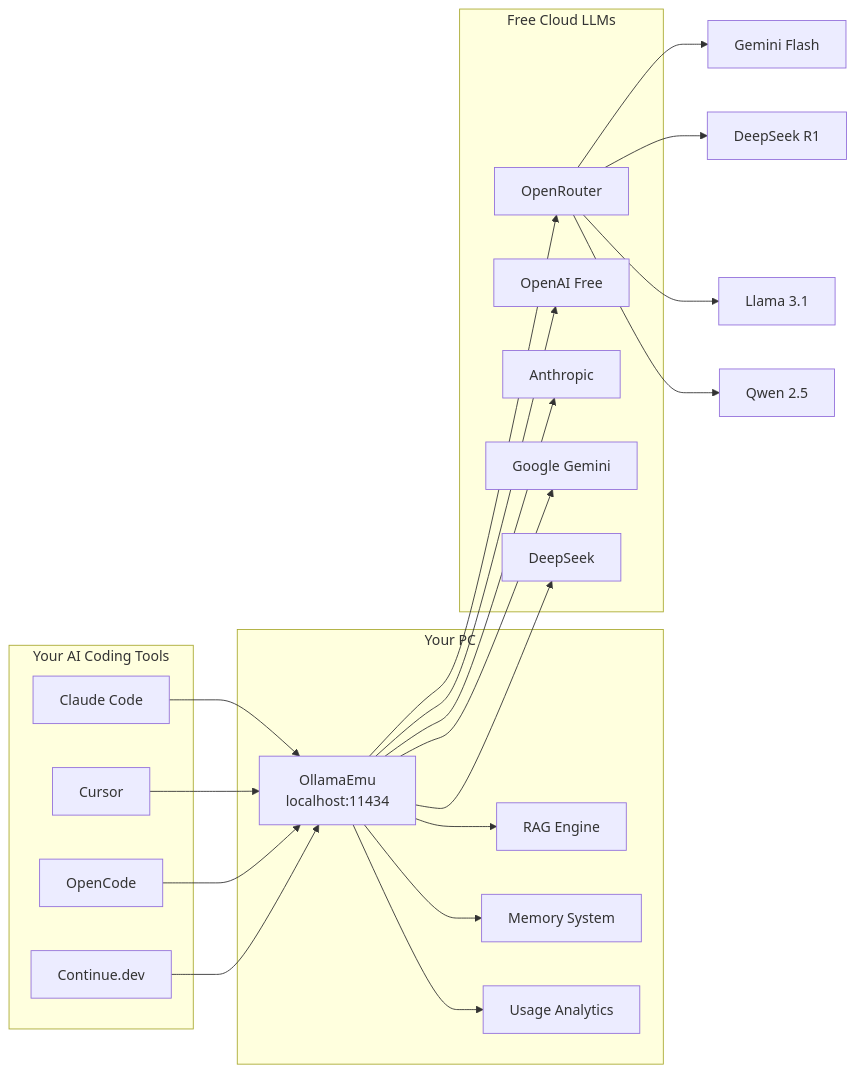
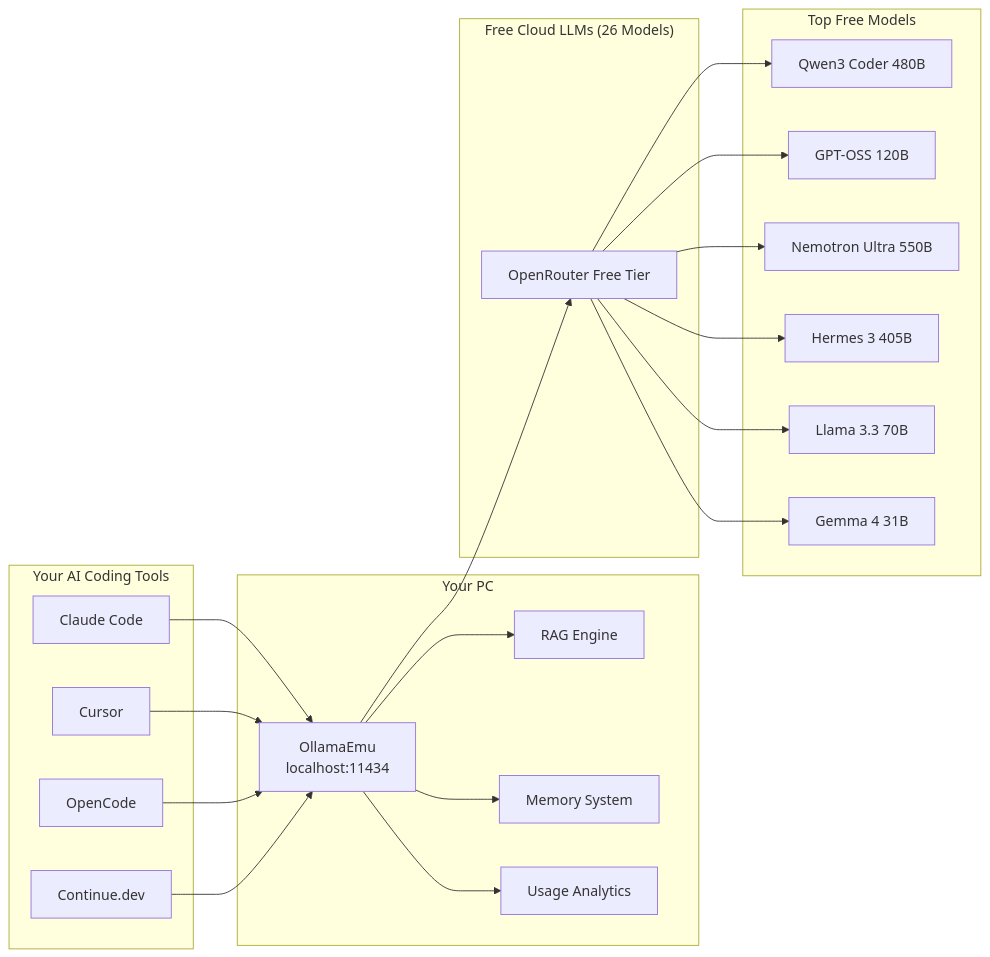
One commit to rbkhan007/ollamomui changed the second of 8 diagrams in README.md. Above: the diagram before and after it, drawn with Mermaid. The commit also changed other lines of this file, not shown here.

Commit message:
Update model list to actual OpenRouter free tier: 26 free models (Qwen3 Coder 480B, GPT-OSS 120B, Nemotron Ultra 550B, Llama 3.3 70B, Gemma 4 31B)

````diff
--- a/README.md
+++ b/README.md
@@ -68,41 +68,44 @@
 ```mermaid
 flowchart LR
     subgraph Tools["Your AI Coding Tools"]
         CC[Claude Code]
         CU[Cursor]
         OC[OpenCode]
         CD[Continue.dev]
     end
 
     subgraph YourPC["Your PC"]
         OE["OllamaEmu<br/>localhost:11434"]
         RAG["RAG Engine"]
         MEM["Memory System"]
         USAGE["Usage Analytics"]
     end
 
-    subgraph FreeCloud["Free Cloud LLMs"]
-        OR["OpenRouter"]
-        OAI["OpenAI Free"]
-        ANTH["Anthropic"]
-        GEM["Google Gemini"]
-        DS["DeepSeek"]
+    subgraph FreeCloud["Free Cloud LLMs (26 Models)"]
+        OR["OpenRouter Free Tier"]
+    end
+
+    subgraph TopModels["Top Free Models"]
+        QW["Qwen3 Coder 480B"]
+        OA["GPT-OSS 120B"]
+        NN["Nemotron Ultra 550B"]
+        NH["Hermes 3 405B"]
+        LL["Llama 3.3 70B"]
+        GM["Gemma 4 31B"]
     end
 
     CC --> OE
     CU --> OE
     OC --> OE
     CD --> OE
     OE --> RAG
     OE --> MEM
     OE --> USAGE
     OE --> OR
-    OE --> OAI
-    OE --> ANTH
-    OE --> GEM
-    OE --> DS
-    OR --> GF["Gemini Flash"]
-    OR --> DR["DeepSeek R1"]
-    OR --> LL["Llama 3.1"]
-    OR --> QW["Qwen 2.5"]
+    OR --> QW
+    OR --> OA
+    OR --> NN
+    OR --> NH
+    OR --> LL
+    OR --> GM
 ```
````
